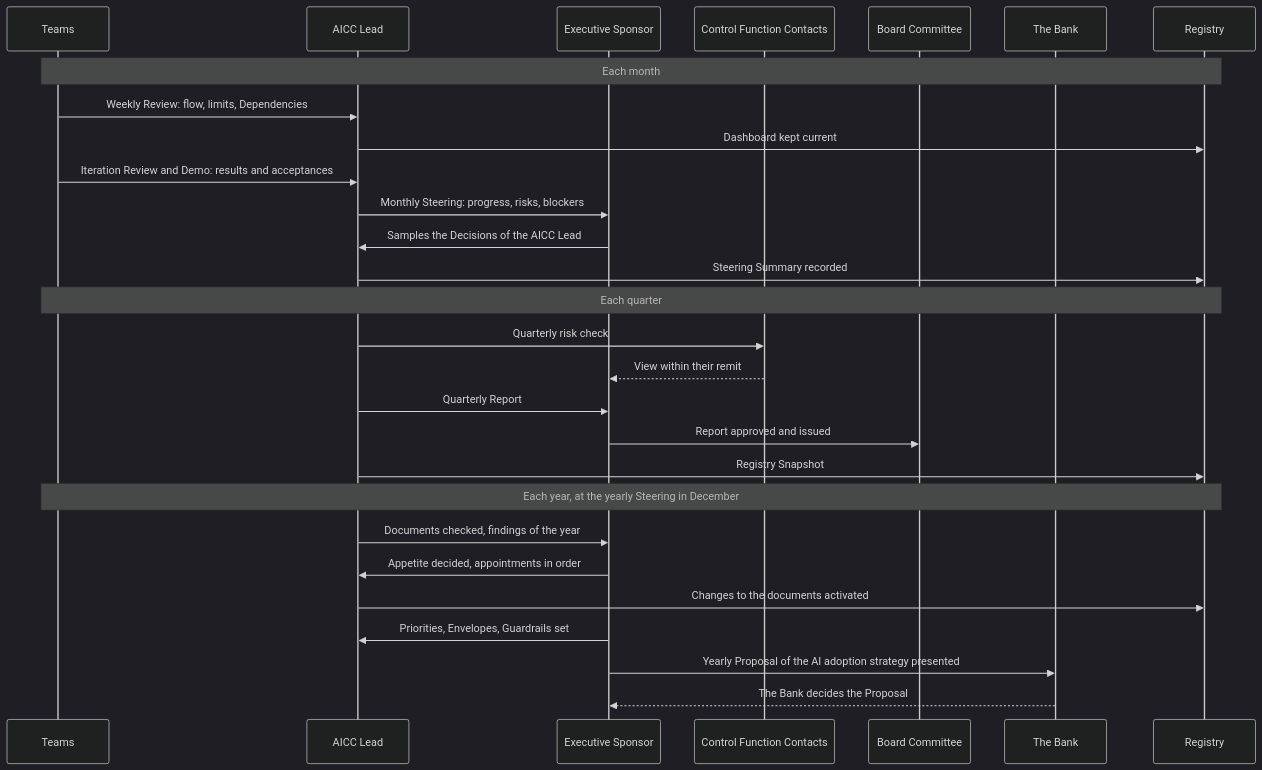
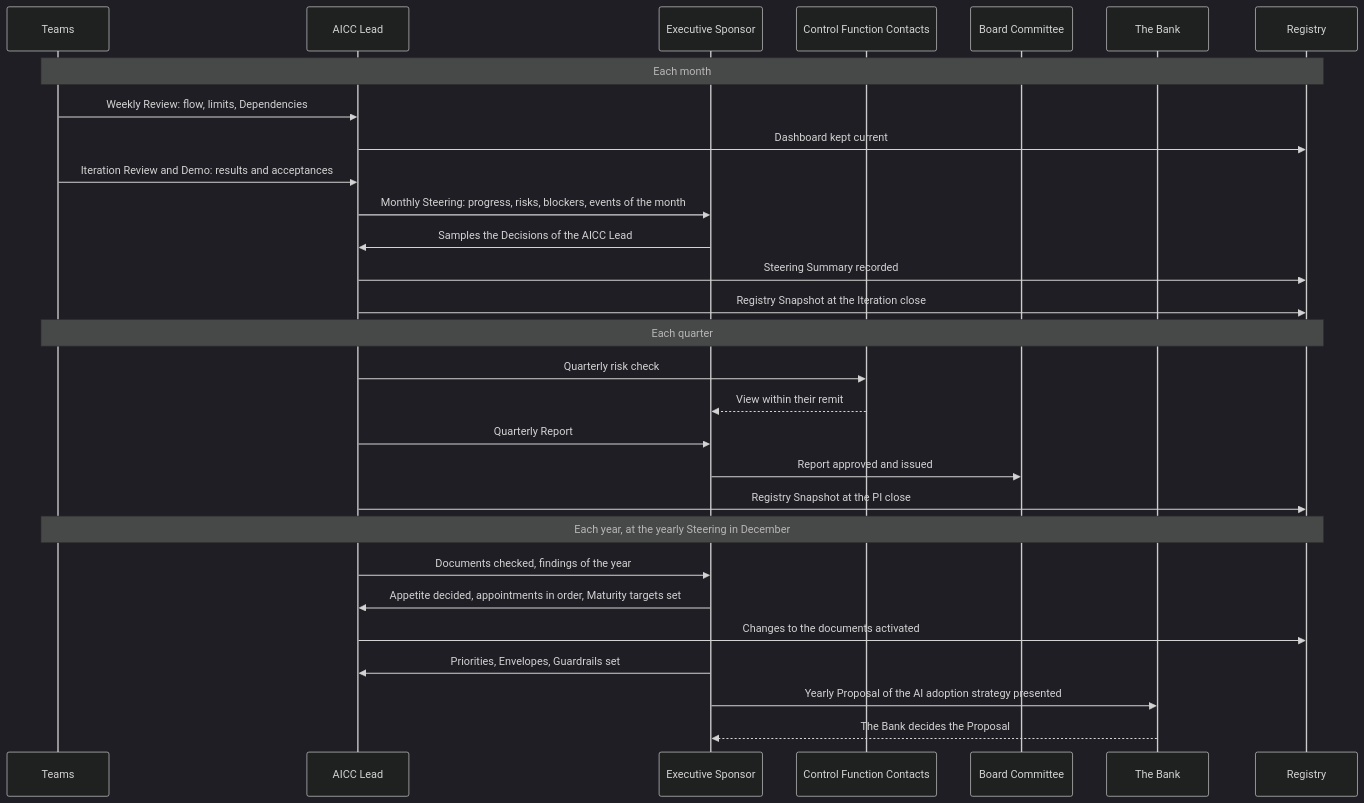
The third of 6 diagrams in charter/workflows/unit-governance.md (devhogu/ob-aicc), drawn with Mermaid (dark theme) before and after one commit. The commit also changed other lines of this file and 455 other files, not shown here.

First line of the commit message:
Charter and Registry at revision 2.0: the documents carry what the portal states by intent (DR-2026-062)

````diff
--- a/charter/workflows/unit-governance.md
+++ b/charter/workflows/unit-governance.md
@@ -77,30 +78,31 @@
 ```mermaid
 sequenceDiagram
   participant T as Teams
   participant L as AICC Lead
   participant ES as Executive Sponsor
   participant CF as Control Function Contacts
   participant BC as Board Committee
   participant BK as The Bank
   participant R as Registry
   Note over T,R: Each month
   T->>L: Weekly Review: flow, limits, Dependencies
   L->>R: Dashboard kept current
   T->>L: Iteration Review and Demo: results and acceptances
-  L->>ES: Monthly Steering: progress, risks, blockers
+  L->>ES: Monthly Steering: progress, risks, blockers, events of the month
   ES->>L: Samples the Decisions of the AICC Lead
   L->>R: Steering Summary recorded
+  L->>R: Registry Snapshot at the Iteration close
   Note over T,R: Each quarter
   L->>CF: Quarterly risk check
   CF-->>ES: View within their remit
   L->>ES: Quarterly Report
   ES->>BC: Report approved and issued
-  L->>R: Registry Snapshot
+  L->>R: Registry Snapshot at the PI close
   Note over T,R: Each year, at the yearly Steering in December
   L->>ES: Documents checked, findings of the year
-  ES->>L: Appetite decided, appointments in order
+  ES->>L: Appetite decided, appointments in order, Maturity targets set
   L->>R: Changes to the documents activated
   ES->>L: Priorities, Envelopes, Guardrails set
   ES->>BK: Yearly Proposal of the AI adoption strategy presented
   BK-->>ES: The Bank decides the Proposal
 ```
````
